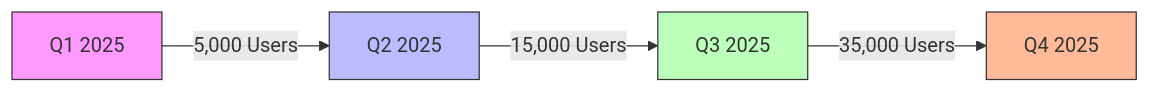
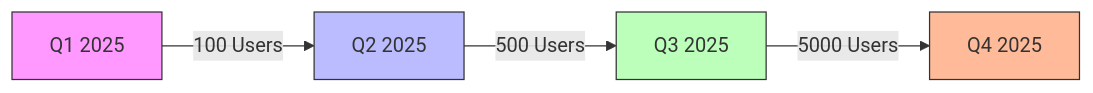
The eighth of 10 diagrams in public/docs/about/whitepaper_final.md (mrj0nesmtl/sheltr-v2), drawn with Mermaid before and after one commit. The commit also changed other lines of this file and 10 other files, not shown here.

````diff
--- a/public/docs/about/whitepaper_final.md
+++ b/public/docs/about/whitepaper_final.md
@@ -431,10 +431,10 @@
 ```mermaid
 graph LR
-    Q1[Q1 2025] -->|5,000 Users| Q2[Q2 2025]
-    Q2 -->|15,000 Users| Q3[Q3 2025]
-    Q3 -->|35,000 Users| Q4[Q4 2025]
+    Q1[Q1 2025] -->|100 Users| Q2[Q2 2025]
+    Q2 -->|500 Users| Q3[Q3 2025]
+    Q3 -->|5000 Users| Q4[Q4 2025]
     style Q1 fill:#f9f,stroke:#333
     style Q2 fill:#bbf,stroke:#333
     style Q3 fill:#bfb,stroke:#333
     style Q4 fill:#fb9,stroke:#333
 ```
````
